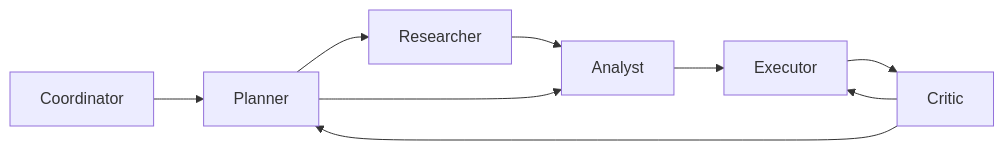
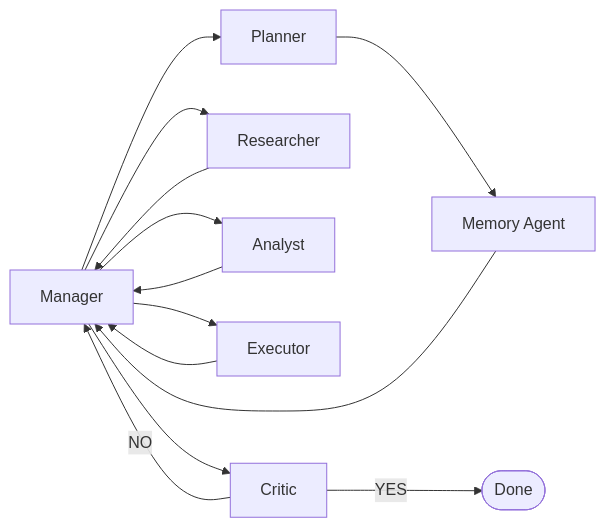
The second of 5 diagrams in README.md (AlexChariot/agent-system-advanced), drawn with Mermaid before and after one commit. The commit also changed other lines of this file and 15 other files, not shown here.

````diff
--- a/README.md
+++ b/README.md
@@ -94,20 +69,18 @@
 ```mermaid
+flowchart LR
+    Manager --> Planner
+    Manager --> Researcher
+    Manager --> Analyst
+    Manager --> Executor
+    Manager --> Critic
 
-flowchart LR
+    Planner --> MemoryAgent[Memory Agent]
+    MemoryAgent --> Manager
 
-  
+    Researcher --> Manager
+    Analyst --> Manager
+    Executor --> Manager
 
-Coordinator --> Planner
-  
-Planner --> Researcher
-Planner --> Analyst
-  
-Researcher --> Analyst
-  
-Analyst --> Executor
-  
-Executor --> Critic
-  
-Critic --> Planner
-Critic --> Executor
+    Critic -->|YES| End([Done])
+    Critic -->|NO| Manager
 ```
````
